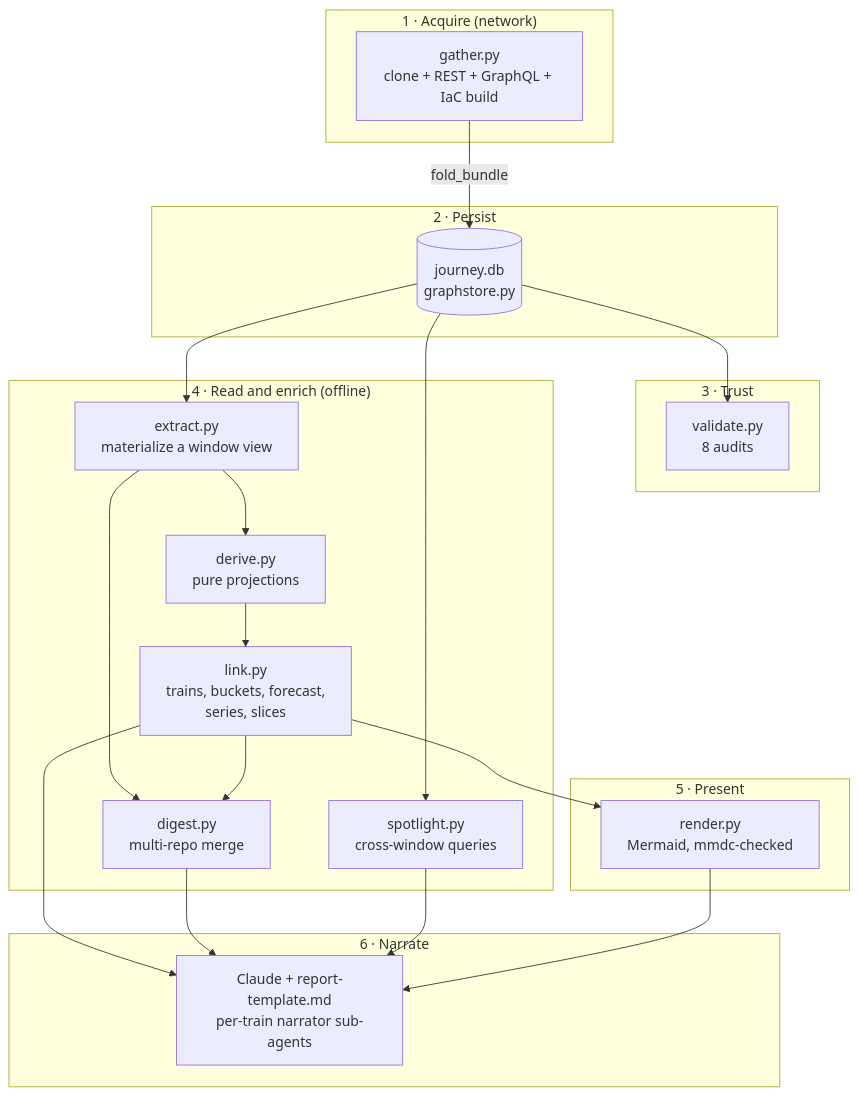
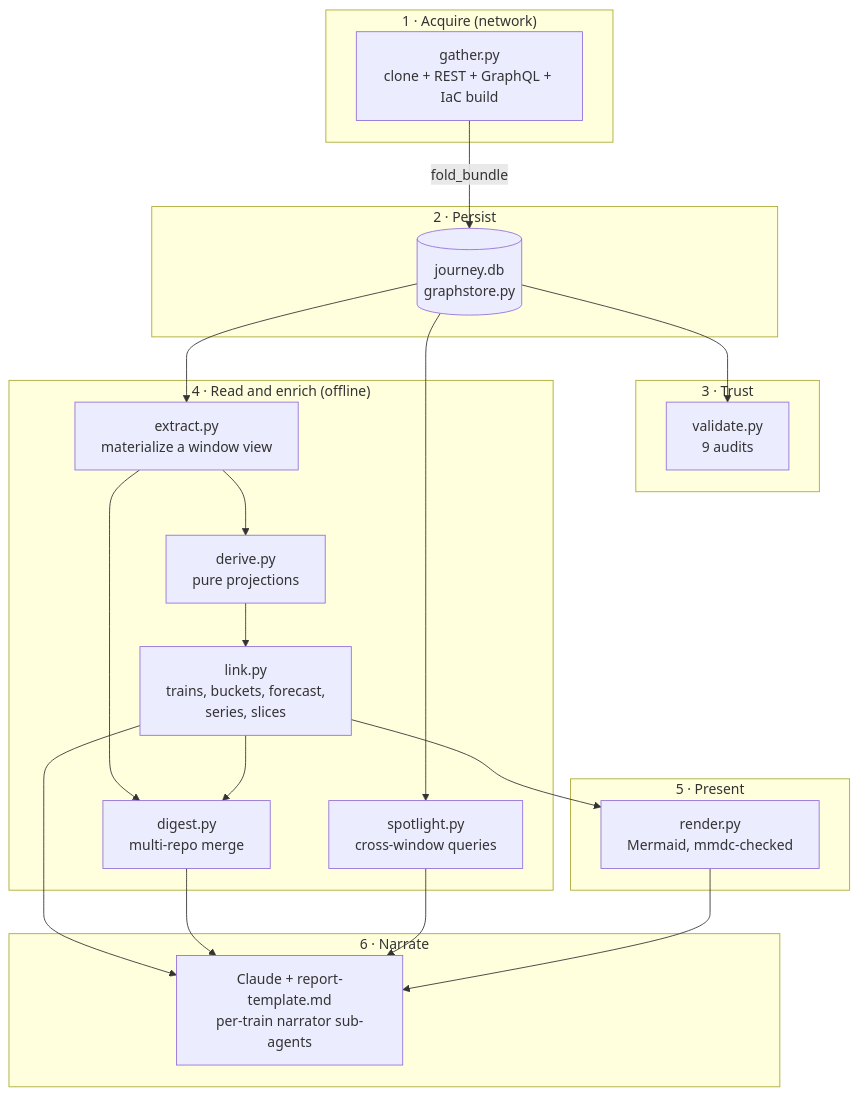
Before and after one commit to DamianFlynn/experiments: the second of 8 diagrams in .claude/skills/activity-overview/docs/HLD.md, drawn with Mermaid. The commit also changed other lines of this file and 7 other files, not shown here.

````diff
--- a/.claude/skills/activity-overview/docs/HLD.md
+++ b/.claude/skills/activity-overview/docs/HLD.md
@@ -89,36 +89,36 @@
 ```mermaid
 flowchart TB
   subgraph L1["1 · Acquire (network)"]
     G["gather.py<br/>clone + REST + GraphQL + IaC build"]
   end
   subgraph L2["2 · Persist"]
     S[("journey.db<br/>graphstore.py")]
   end
   subgraph L3["3 · Trust"]
-    V["validate.py<br/>8 audits"]
+    V["validate.py<br/>9 audits"]
   end
   subgraph L4["4 · Read and enrich (offline)"]
     X["extract.py<br/>materialize a window view"]
     D["derive.py<br/>pure projections"]
     K["link.py<br/>trains, buckets, forecast,<br/>series, slices"]
     DG["digest.py<br/>multi-repo merge"]
     SP["spotlight.py<br/>cross-window queries"]
   end
   subgraph L5["5 · Present"]
     R["render.py<br/>Mermaid, mmdc-checked"]
   end
   subgraph L6["6 · Narrate"]
     N["Claude + report-template.md<br/>per-train narrator sub-agents"]
   end
   G -->|fold_bundle| S
   S --> V
   S --> X --> D --> K
   X --> DG
   K --> DG
   S --> SP
   K --> R
   K --> N
   DG --> N
   SP --> N
   R --> N
 ```
````
